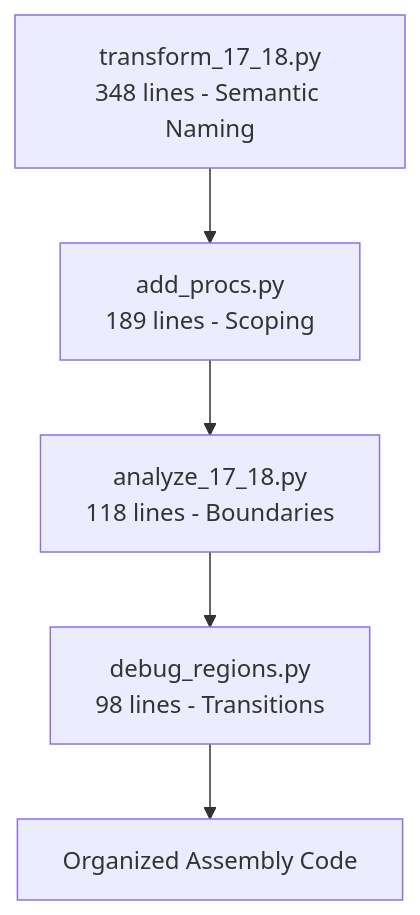
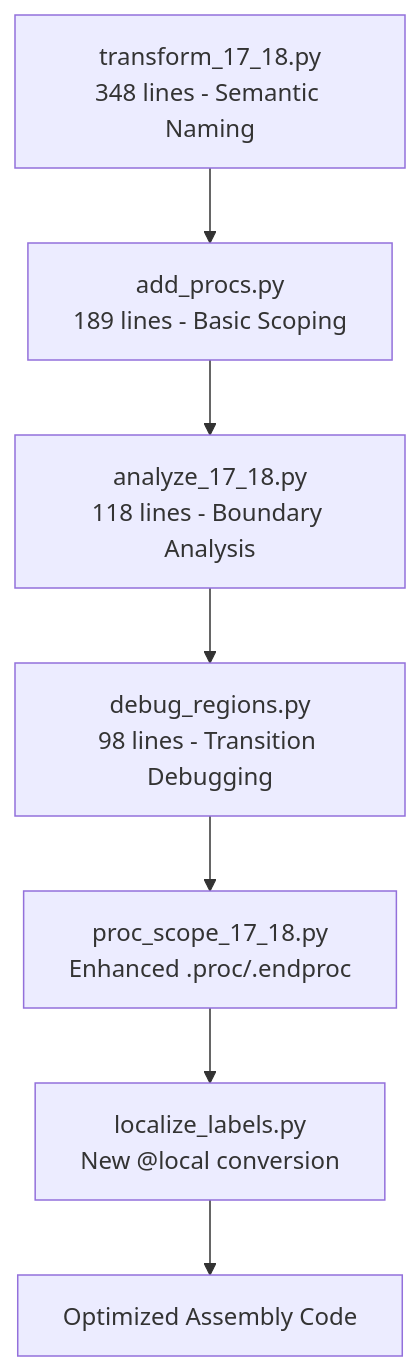
Diagram 11 of 12 in .qoder/repowiki/en/content/Build System and Tools/Build System and Tools.md (rabbyzero/sango2dasm), drawn with Mermaid before and after one commit. The commit also changed other lines of this file and 20 other files, not shown here.

````diff
--- a/.qoder/repowiki/en/content/Build System and Tools/Build System and Tools.md
+++ b/.qoder/repowiki/en/content/Build System and Tools/Build System and Tools.md
@@ -661,7 +674,9 @@
 ```mermaid
 flowchart TD
-Stage1["transform_17_18.py<br/>348 lines - Semantic Naming"] --> Stage2["add_procs.py<br/>189 lines - Scoping"]
-Stage2 --> Stage3["analyze_17_18.py<br/>118 lines - Boundaries"]
-Stage3 --> Stage4["debug_regions.py<br/>98 lines - Transitions"]
-Stage4 --> Output["Organized Assembly Code"]
+Stage1["transform_17_18.py<br/>348 lines - Semantic Naming"] --> Stage2["add_procs.py<br/>189 lines - Basic Scoping"]
+Stage2 --> Stage3["analyze_17_18.py<br/>118 lines - Boundary Analysis"]
+Stage3 --> Stage4["debug_regions.py<br/>98 lines - Transition Debugging"]
+Stage4 --> Stage5["proc_scope_17_18.py<br/>Enhanced .proc/.endproc"]
+Stage5 --> Stage6["localize_labels.py<br/>New @local conversion"]
+Stage6 --> Output["Optimized Assembly Code"]
 ```
````
